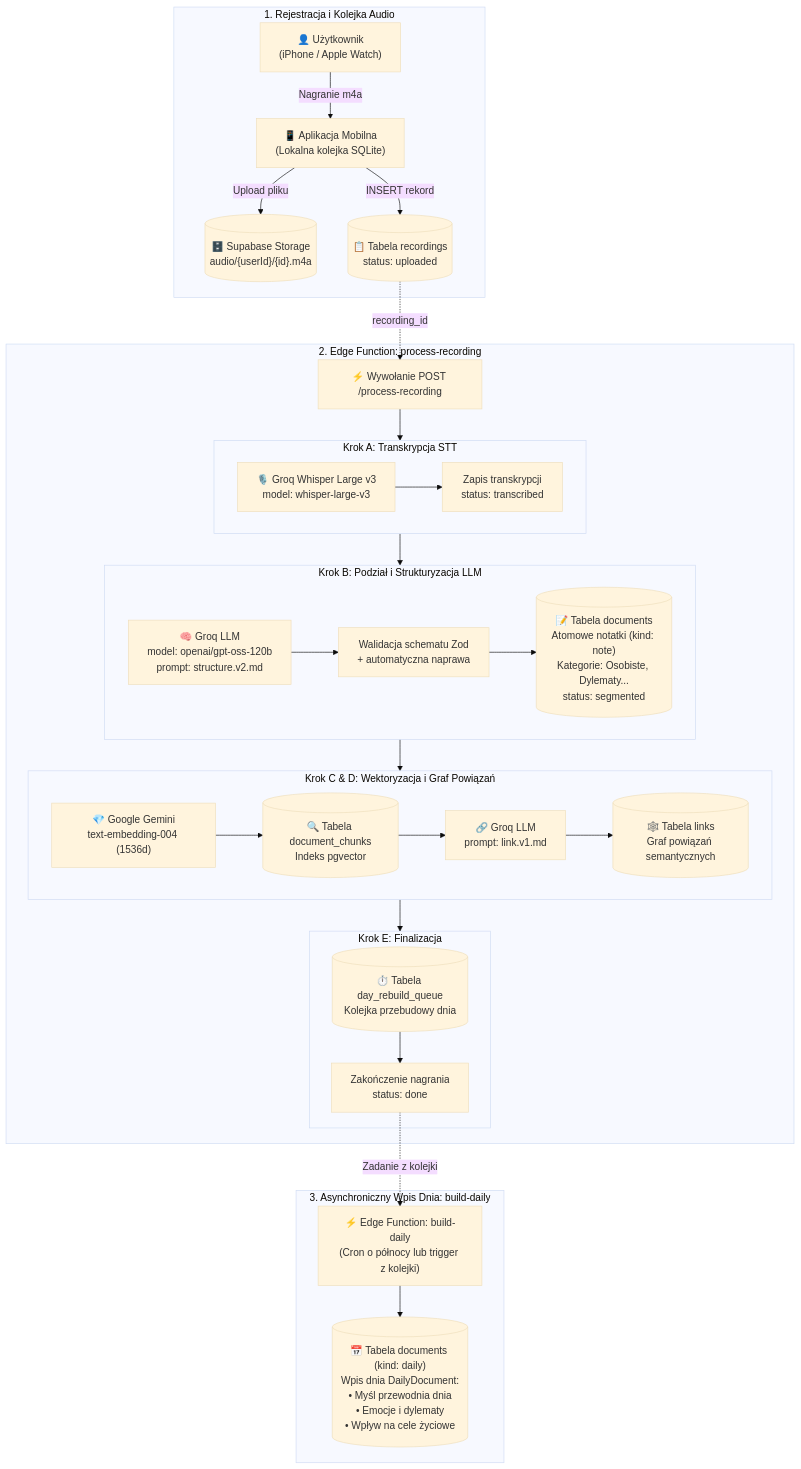
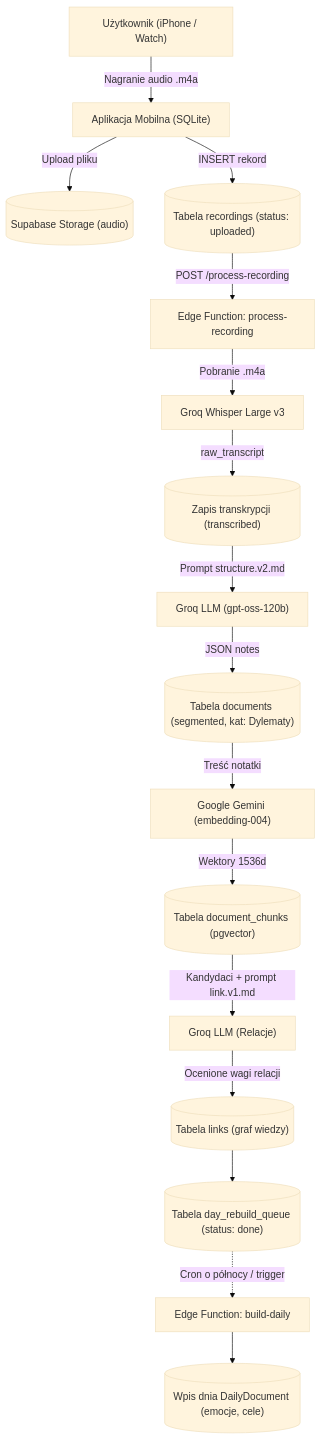
One commit to aiprojectmanagersznurowski-afk/diary_app changed the first of 2 diagrams in docs/10-procesowanie-notatek-i-prompty.md. Above: the diagram before and after it, drawn with Mermaid (base theme). The commit also changed other lines of this file and 2 other files, not shown here.

Commit message:
docs: embed SVG diagrams and simplify mermaid in notes processing doc (#85)

````diff
--- a/docs/10-procesowanie-notatek-i-prompty.md
+++ b/docs/10-procesowanie-notatek-i-prompty.md
@@ -36,58 +41,23 @@
 ```mermaid
 flowchart TD
-    subgraph S1["1. Rejestracja i Kolejka Audio"]
-        U["👤 Użytkownik<br/>(iPhone / Apple Watch)"]
-        APP["📱 Aplikacja Mobilna<br/>(Lokalna kolejka SQLite)"]
-        STORAGE[("🗄️ Supabase Storage<br/>audio/{userId}/{id}.m4a")]
-        REC[("📋 Tabela recordings<br/>status: uploaded")]
-        
-        U -->|Nagranie m4a| APP
-        APP -->|Upload pliku| STORAGE
-        APP -->|INSERT rekord| REC
-    end
+    U["Użytkownik (iPhone / Watch)"] -->|Nagranie audio .m4a| APP["Aplikacja Mobilna (SQLite)"]
+    APP -->|Upload pliku| STORAGE[("Supabase Storage (audio)")]
+    APP -->|INSERT rekord| REC[("Tabela recordings (status: uploaded)")]
+    REC -->|POST /process-recording| EF["Edge Function: process-recording"]
 
-    subgraph S2["2. Edge Function: process-recording"]
-        TRIGGER["⚡ Wywołanie POST /process-recording"]
-        REC -.->|recording_id| TRIGGER
+    EF -->|Pobranie .m4a| STT["Groq Whisper Large v3"]
+    STT -->|raw_transcript| DB_TRANS[("Zapis transkrypcji (transcribed)")]
 
-        subgraph STEP_A["Krok A: Transkrypcja STT"]
-            STT["🎙️ Groq Whisper Large v3<br/>model: whisper-large-v3"]
-            RAW["Zapis transkrypcji<br/>status: transcribed"]
-            STT --> RAW
-        end
+    DB_TRANS -->|Prompt structure.v2.md| LLM_STRUCT["Groq LLM (gpt-oss-120b)"]
+    LLM_STRUCT -->|JSON notes| DB_NOTES[("Tabela documents (segmented, kat: Dylematy)")]
 
-        subgraph STEP_B["Krok B: Podział i Strukturyzacja LLM"]
-            LLM_STRUCT["🧠 Groq LLM<br/>model: openai/gpt-oss-120b<br/>prompt: structure.v2.md"]
-            VALID["Walidacja schematu Zod<br/>+ automatyczna naprawa"]
-            DOCS[("📝 Tabela documents<br/>Atomowe notatki (kind: note)<br/>Kategorie: Osobiste, Dylematy...<br/>status: segmented")]
-            LLM_STRUCT --> VALID --> DOCS
-        end
+    DB_NOTES -->|Treść notatki| EMBED["Google Gemini (embedding-004)"]
+    EMBED -->|Wektory 1536d| CHUNKS[("Tabela document_chunks (pgvector)")]
 
-        subgraph STEP_CD["Krok C & D: Wektoryzacja i Graf Powiązań"]
-            EMBED["💎 Google Gemini<br/>text-embedding-004 (1536d)"]
-            CHUNKS[("🔍 Tabela document_chunks<br/>Indeks pgvector")]
-            LLM_LINK["🔗 Groq LLM<br/>prompt: link.v1.md"]
-            LINKS[("🕸️ Tabela links<br/>Graf powiązań semantycznych")]
-            EMBED --> CHUNKS
-            CHUNKS --> LLM_LINK --> LINKS
-        end
+    CHUNKS -->|Kandydaci + prompt link.v1.md| LLM_LINK["Groq LLM (Relacje)"]
+    LLM_LINK -->|Ocenione wagi relacji| LINKS[("Tabela links (graf wiedzy)")]
 
-        subgraph STEP_E["Krok E: Finalizacja"]
-            QUEUE[("⏱️ Tabela day_rebuild_queue<br/>Kolejka przebudowy dnia")]
-            DONE["Zakończenie nagrania<br/>status: done"]
-            QUEUE --> DONE
-        end
-
-        TRIGGER --> STEP_A
-        STEP_A --> STEP_B
-        STEP_B --> STEP_CD
-        STEP_CD --> STEP_E
-    end
-
-    subgraph S3["3. Asynchroniczny Wpis Dnia: build-daily"]
-        BD["⚡ Edge Function: build-daily<br/>(Cron o północy lub trigger z kolejki)"]
-        DAILY[("📅 Tabela documents (kind: daily)<br/>Wpis dnia DailyDocument:<br/>• Myśl przewodnia dnia<br/>• Emocje i dylematy<br/>• Wpływ na cele życiowe")]
-        DONE -.->|Zadanie z kolejki| BD
-        BD --> DAILY
-    end
+    LINKS --> QUEUE[("Tabela day_rebuild_queue (status: done)")]
+    QUEUE -.->|Cron o północy / trigger| BD["Edge Function: build-daily"]
+    BD --> DAILY[("Wpis dnia DailyDocument (emocje, cele)")]
 ```
````
